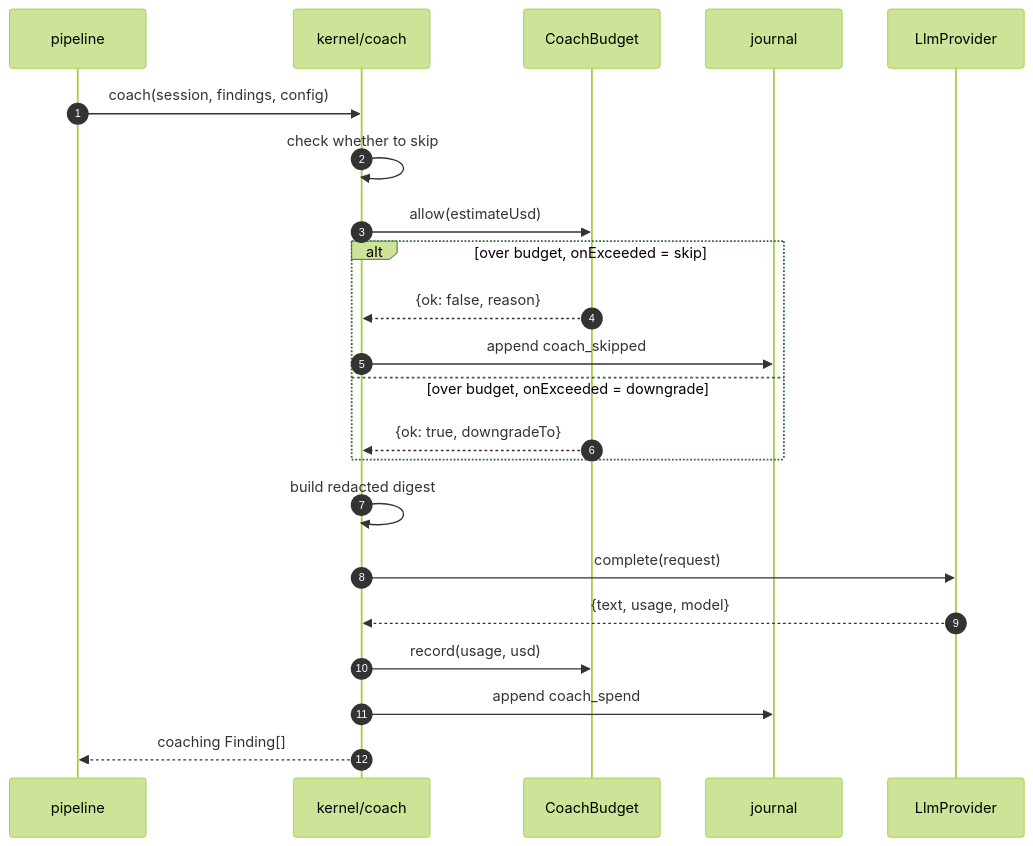
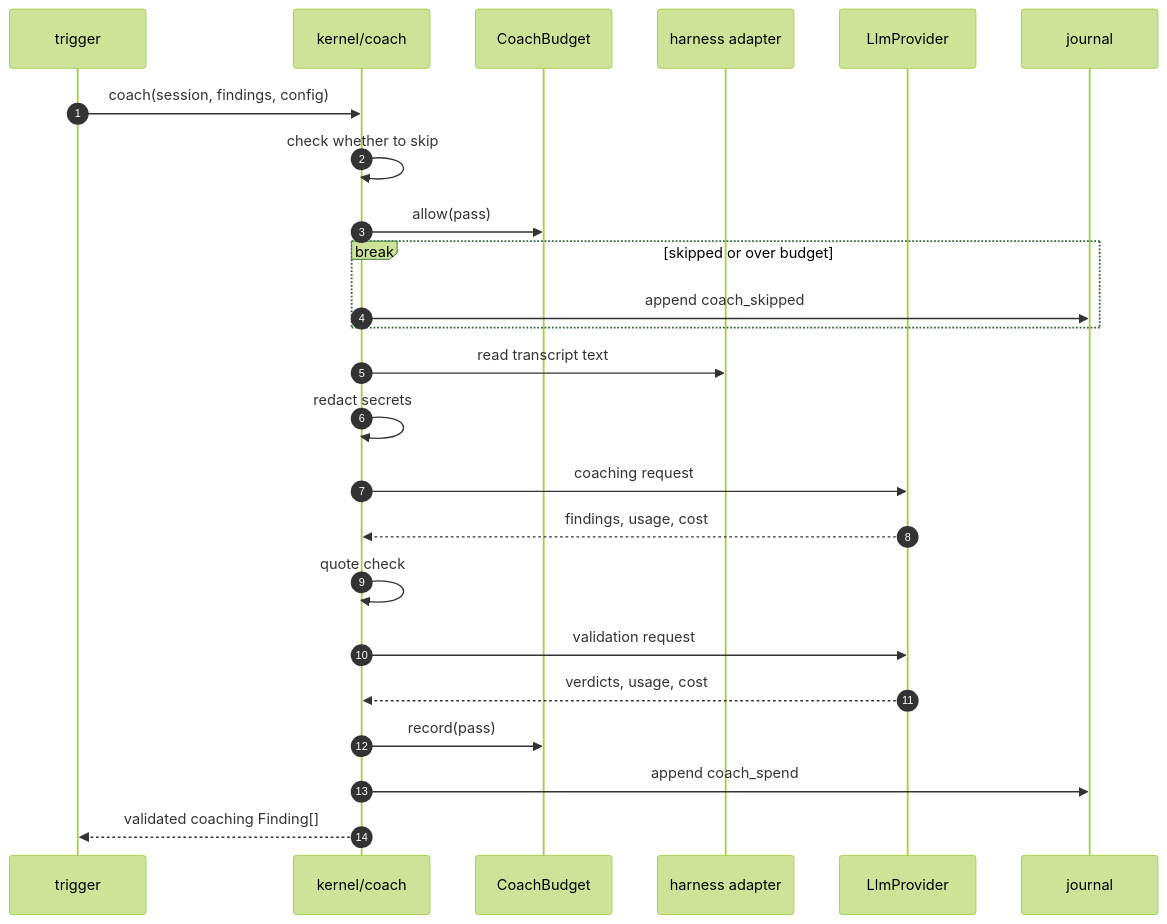
Before and after one commit to wrightm/agent-caddie: the seventh of 9 diagrams in docs/architecture/flows.md, drawn with Mermaid (forest theme). The commit also changed other lines of this file and 2 other files, not shown here.

First line of the commit message:
docs(architecture): align living docs with ADR-0018 (#27)

````diff
--- a/docs/architecture/flows.md
+++ b/docs/architecture/flows.md
@@ -429,25 +441,27 @@
 ```mermaid
 sequenceDiagram
     autonumber
-    participant P as pipeline
+    participant T as trigger
     participant C as kernel/coach
     participant BG as CoachBudget
+    participant AD as harness adapter
+    participant PR as LlmProvider
     participant J as journal
-    participant PR as LlmProvider
 
-    P->>C: coach(session, findings, config)
+    T->>C: coach(session, findings, config)
     C->>C: check whether to skip
-    C->>BG: allow(estimateUsd)
-    alt over budget, onExceeded = skip
-        BG-->>C: {ok: false, reason}
+    C->>BG: allow(pass)
+    break skipped or over budget
         C->>J: append coach_skipped
-    else over budget, onExceeded = downgrade
-        BG-->>C: {ok: true, downgradeTo}
     end
-    C->>C: build redacted digest
-    C->>PR: complete(request)
-    PR-->>C: {text, usage, model}
-    C->>BG: record(usage, usd)
+    C->>AD: read transcript text
+    C->>C: redact secrets
+    C->>PR: coaching request
+    PR-->>C: findings, usage, cost
+    C->>C: quote check
+    C->>PR: validation request
+    PR-->>C: verdicts, usage, cost
+    C->>BG: record(pass)
     C->>J: append coach_spend
-    C-->>P: coaching Finding[]
+    C-->>T: validated coaching Finding[]
 ```
````
